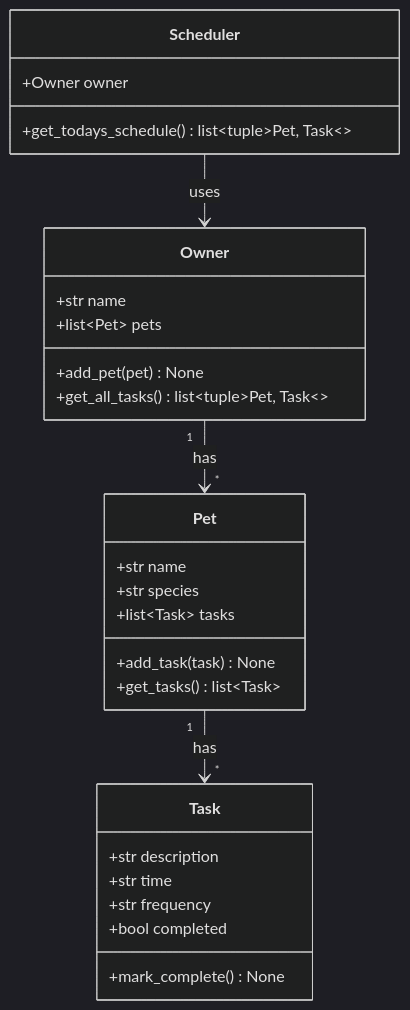
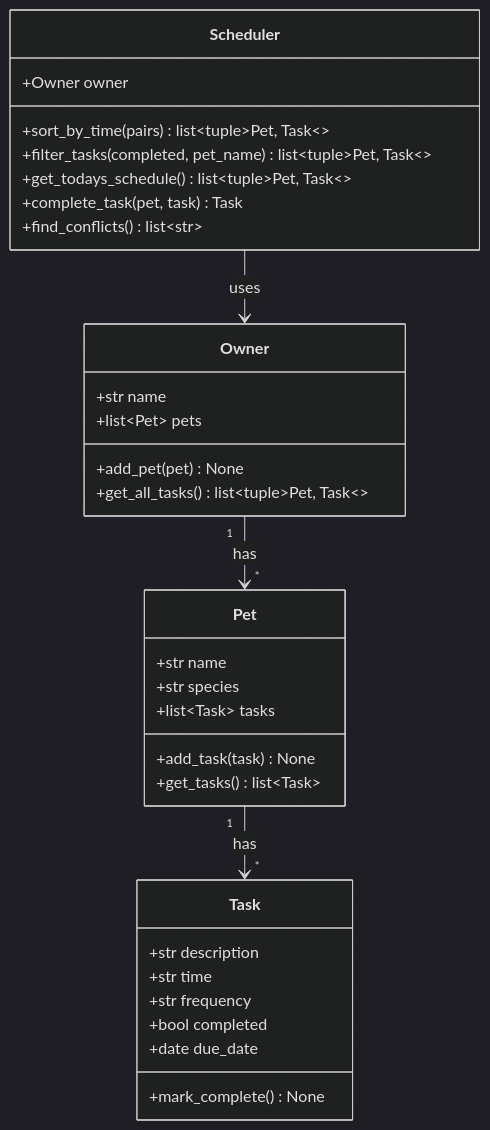
One commit to ccgcomp/ai110-module2show-pawpal-starter changed the diagram in diagrams/uml.mmd. Above: the diagram before and after it, drawn with Mermaid (dark theme). The commit also changed 5 other files, not shown here.

```diff
--- a/diagrams/uml.mmd
+++ b/diagrams/uml.mmd
@@ -1,32 +1,37 @@
 classDiagram
     class Task {
         +str description
         +str time
         +str frequency
         +bool completed
+        +date due_date
         +mark_complete() None
     }
 
     class Pet {
         +str name
         +str species
         +list~Task~ tasks
         +add_task(task) None
         +get_tasks() list~Task~
     }
 
     class Owner {
         +str name
         +list~Pet~ pets
         +add_pet(pet) None
         +get_all_tasks() list~tuple~Pet, Task~~
     }
 
     class Scheduler {
         +Owner owner
+        +sort_by_time(pairs) list~tuple~Pet, Task~~
+        +filter_tasks(completed, pet_name) list~tuple~Pet, Task~~
         +get_todays_schedule() list~tuple~Pet, Task~~
+        +complete_task(pet, task) Task
+        +find_conflicts() list~str~
     }
 
     Owner "1" --> "*" Pet : has
     Pet "1" --> "*" Task : has
     Scheduler --> Owner : uses
```
